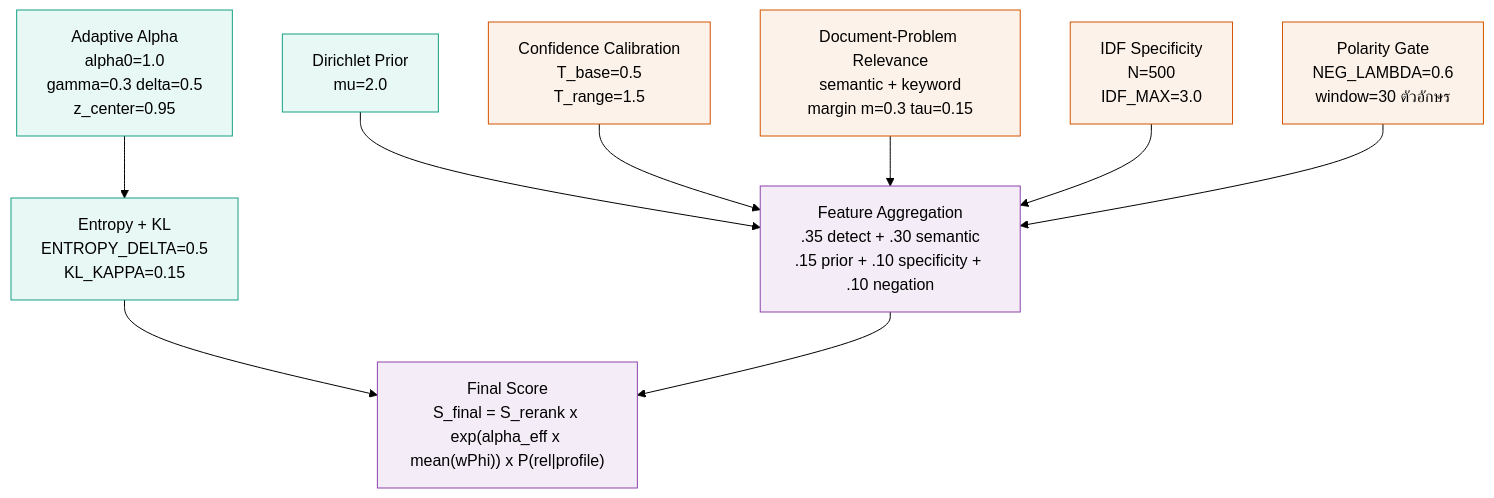
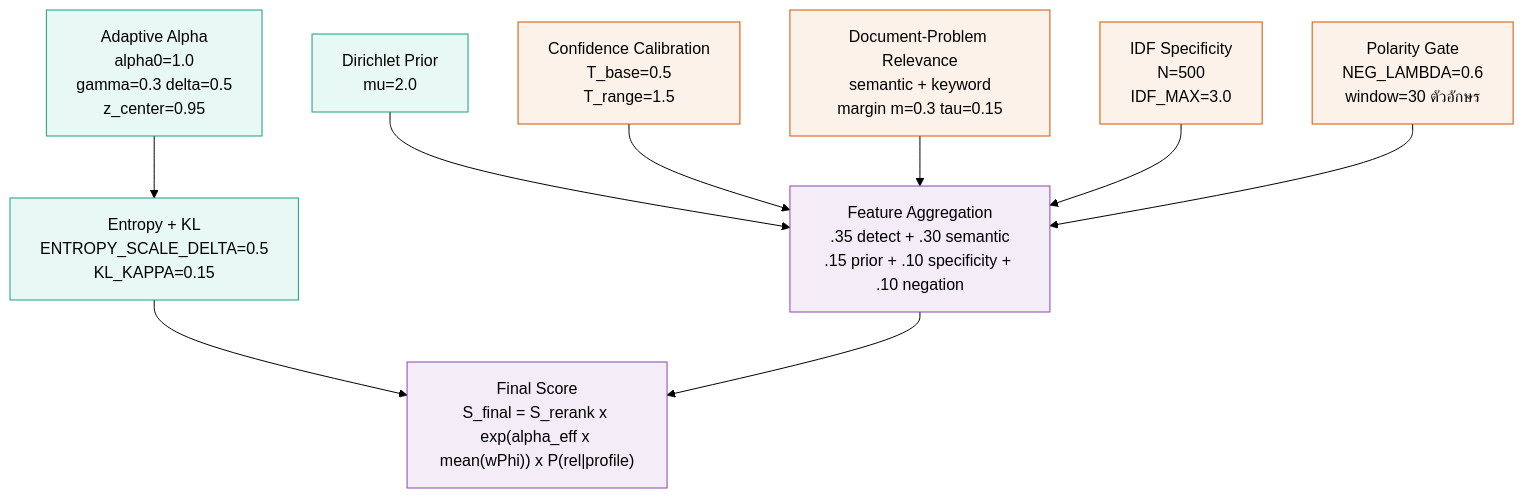
Before and after one commit to Mickeychay/thesis_one-: the fourth of 5 diagrams in md_report/thesis_framework_and_math_flow.md, drawn with Mermaid (forest theme). The commit also changed other lines of this file and 7 other files, not shown here.

````diff
--- a/md_report/thesis_framework_and_math_flow.md
+++ b/md_report/thesis_framework_and_math_flow.md
@@ -218,25 +228,25 @@
 ```mermaid
 flowchart TD
     classDef pre fill:#e8f8f5,stroke:#16a085,stroke-width:1px,color:#000
     classDef per fill:#fdf2e9,stroke:#d35400,stroke-width:1px,color:#000
     classDef final fill:#f4ecf7,stroke:#8e44ad,stroke-width:1px,color:#000
 
     A1["Dirichlet Prior<br/>mu=2.0"]:::pre
     A2["Adaptive Alpha<br/>alpha0=1.0<br/>gamma=0.3 delta=0.5<br/>z_center=0.95"]:::pre
-    A3["Entropy + KL<br/>ENTROPY_DELTA=0.5<br/>KL_KAPPA=0.15"]:::pre
+    A3["Entropy + KL<br/>ENTROPY_SCALE_DELTA=0.5<br/>KL_KAPPA=0.15"]:::pre
     B1["Confidence Calibration<br/>T_base=0.5<br/>T_range=1.5"]:::per
     B2["Document-Problem Relevance<br/>semantic + keyword<br/>margin m=0.3 tau=0.15"]:::per
     B3["IDF Specificity<br/>N=500<br/>IDF_MAX=3.0"]:::per
     B4["Polarity Gate<br/>NEG_LAMBDA=0.6<br/>window=30 ตัวอักษร"]:::per
     C1["Feature Aggregation<br/>.35 detect + .30 semantic<br/>.15 prior + .10 specificity + .10 negation"]:::final
     C2["Final Score<br/>S_final = S_rerank x exp(alpha_eff x mean(wPhi)) x P(rel|profile)"]:::final
 
     A1 --> C1
     A2 --> A3
     A3 --> C2
     B1 --> C1
     B2 --> C1
     B3 --> C1
     B4 --> C1
     C1 --> C2
 ```
````
